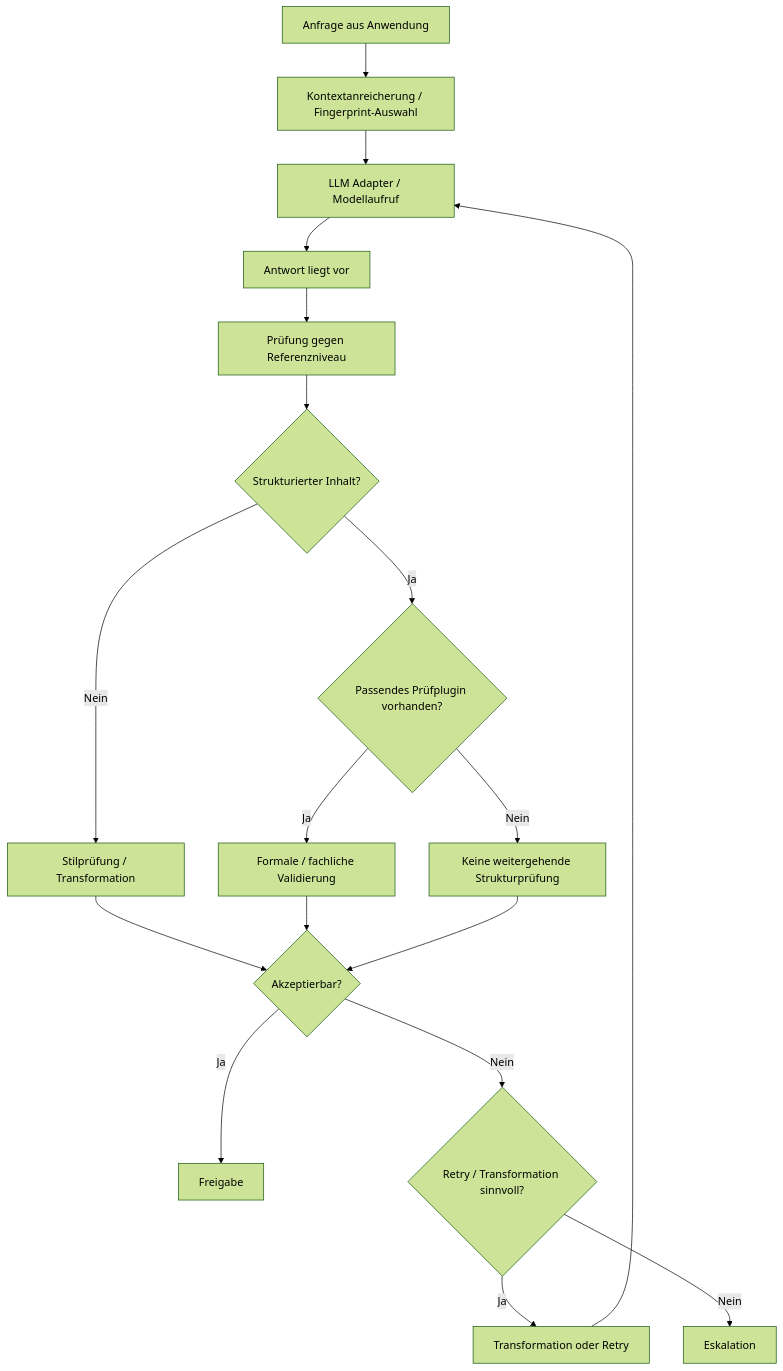
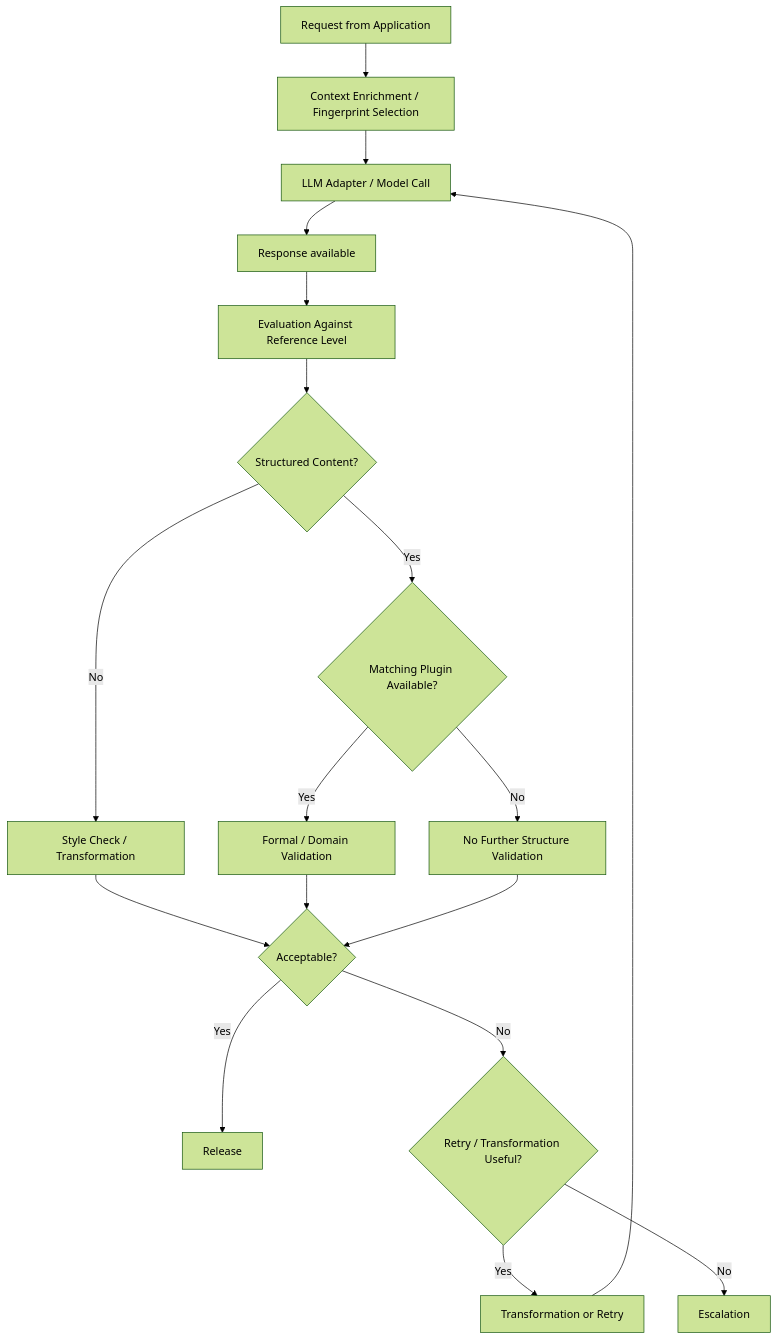
One commit to max-dingsda/MDAL changed the diagram in Docs/02-runtime-pipeline.md. Above: the diagram before and after it, drawn with Mermaid (forest theme). The commit also changed other lines of this file and 82 other files, not shown here.

````diff
--- a/Docs/02-runtime-pipeline.md
+++ b/Docs/02-runtime-pipeline.md
@@ -63,24 +63,24 @@
 ```mermaid
 flowchart TD
-    A[Anfrage aus Anwendung] --> B[Kontextanreicherung / Fingerprint-Auswahl]
-    B --> C[LLM Adapter / Modellaufruf]
-    C --> D[Antwort liegt vor]
-    D --> E[Prüfung gegen Referenzniveau]
+    A[Request from Application] --> B[Context Enrichment / Fingerprint Selection]
+    B --> C[LLM Adapter / Model Call]
+    C --> D[Response available]
+    D --> E[Evaluation Against Reference Level]
 
-    E --> F{Strukturierter Inhalt?}
-    F -- Nein --> G[Stilprüfung / Transformation]
-    F -- Ja --> H{Passendes Prüfplugin vorhanden?}
+    E --> F{Structured Content?}
+    F -- No --> G[Style Check / Transformation]
+    F -- Yes --> H{Matching Plugin Available?}
 
-    H -- Ja --> I[Formale / fachliche Validierung]
-    H -- Nein --> J[Keine weitergehende Strukturprüfung]
+    H -- Yes --> I[Formal / Domain Validation]
+    H -- No --> J[No Further Structure Validation]
 
-    G --> K{Akzeptierbar?}
+    G --> K{Acceptable?}
     I --> K
     J --> K
 
-    K -- Ja --> L[Freigabe]
-    K -- Nein --> M{Retry / Transformation sinnvoll?}
-    M -- Ja --> N[Transformation oder Retry]
+    K -- Yes --> L[Release]
+    K -- No --> M{Retry / Transformation Useful?}
+    M -- Yes --> N[Transformation or Retry]
     N --> C
-    M -- Nein --> O[Eskalation]
+    M -- No --> O[Escalation]
 ```
````
